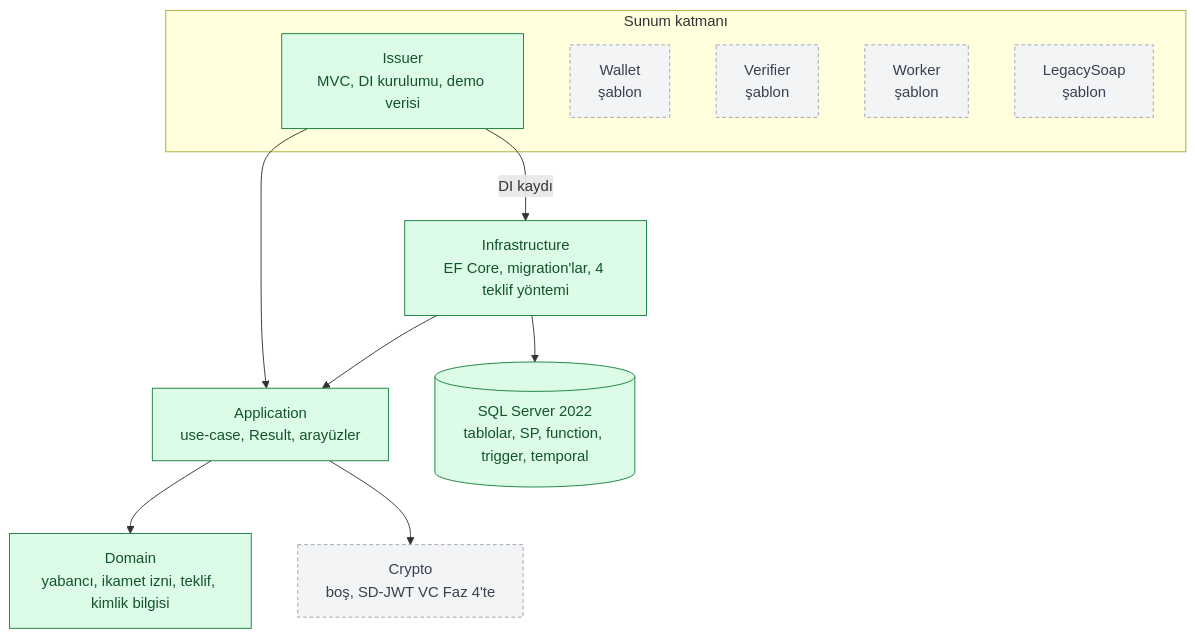
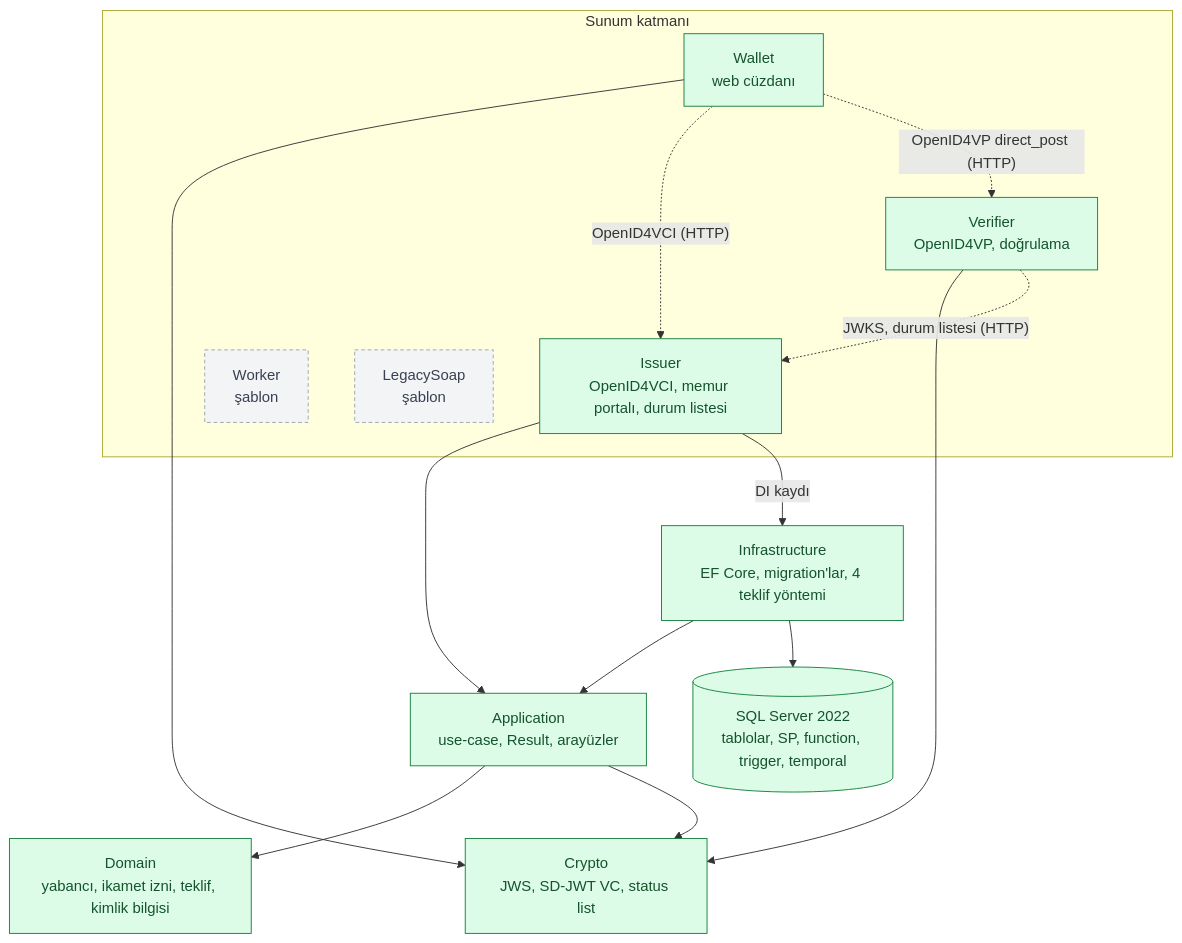
One commit to sefatuncer/dijital-kimlik-oid4vc changed the second of 3 diagrams in docs/proje-turu.md. Above: the diagram before and after it, drawn with Mermaid. The commit also changed other lines of this file and 70 other files, not shown here.

First line of the commit message:
Web cüzdanı ve OpenID4VP doğrulayıcı, uçtan uca akış

````diff
--- a/docs/proje-turu.md
+++ b/docs/proje-turu.md
@@ -51,25 +159,30 @@
 ```mermaid
 flowchart TB
     subgraph sunum["Sunum katmanı"]
-        issuer["Issuer<br/>MVC, DI kurulumu, demo verisi"]
-        wallet["Wallet<br/>şablon"]
-        verifier["Verifier<br/>şablon"]
+        issuer["Issuer<br/>OpenID4VCI, memur portalı, durum listesi"]
+        wallet["Wallet<br/>web cüzdanı"]
+        verifier["Verifier<br/>OpenID4VP, doğrulama"]
         worker["Worker<br/>şablon"]
         soap["LegacySoap<br/>şablon"]
     end
     app["Application<br/>use-case, Result, arayüzler"]
     infra["Infrastructure<br/>EF Core, migration'lar, 4 teklif yöntemi"]
     domain["Domain<br/>yabancı, ikamet izni, teklif, kimlik bilgisi"]
-    crypto["Crypto<br/>boş, SD-JWT VC Faz 4'te"]
+    crypto["Crypto<br/>JWS, SD-JWT VC, status list"]
     db[("SQL Server 2022<br/>tablolar, SP, function, trigger, temporal")]
     issuer --> app
     issuer -- "DI kaydı" --> infra
     infra --> app
     app --> domain
     app --> crypto
     infra --> db
+    wallet --> crypto
+    verifier --> crypto
+    wallet -. "OpenID4VCI (HTTP)" .-> issuer
+    verifier -. "JWKS, durum listesi (HTTP)" .-> issuer
+    wallet -. "OpenID4VP direct_post (HTTP)" .-> verifier
     classDef var fill:#dcfce7,stroke:#15803d,color:#14532d
     classDef bos fill:#f3f4f6,stroke:#9ca3af,color:#374151,stroke-dasharray: 4 3
-    class issuer,app,infra,domain,db var
-    class wallet,verifier,worker,soap,crypto bos
+    class issuer,wallet,verifier,app,infra,domain,crypto,db var
+    class worker,soap bos
 ```
````
